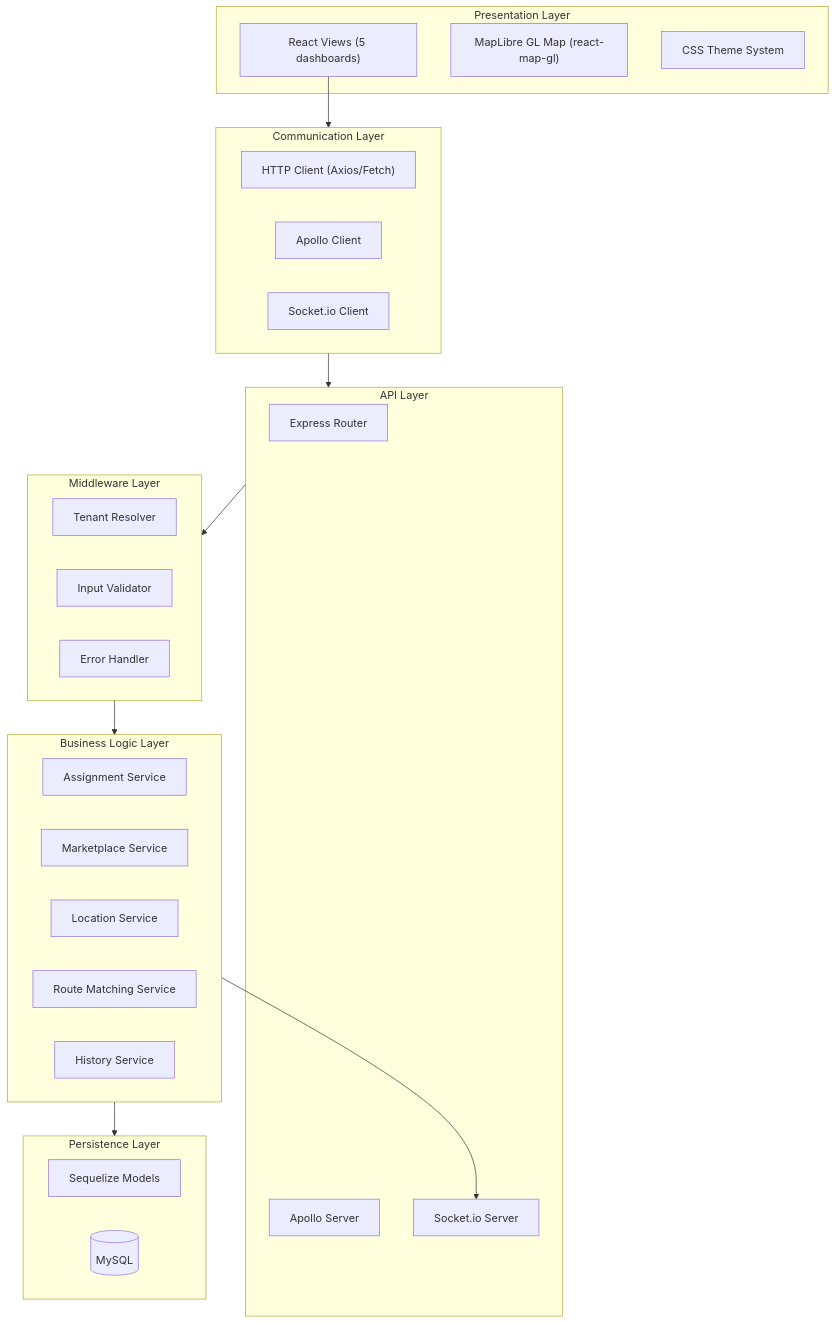
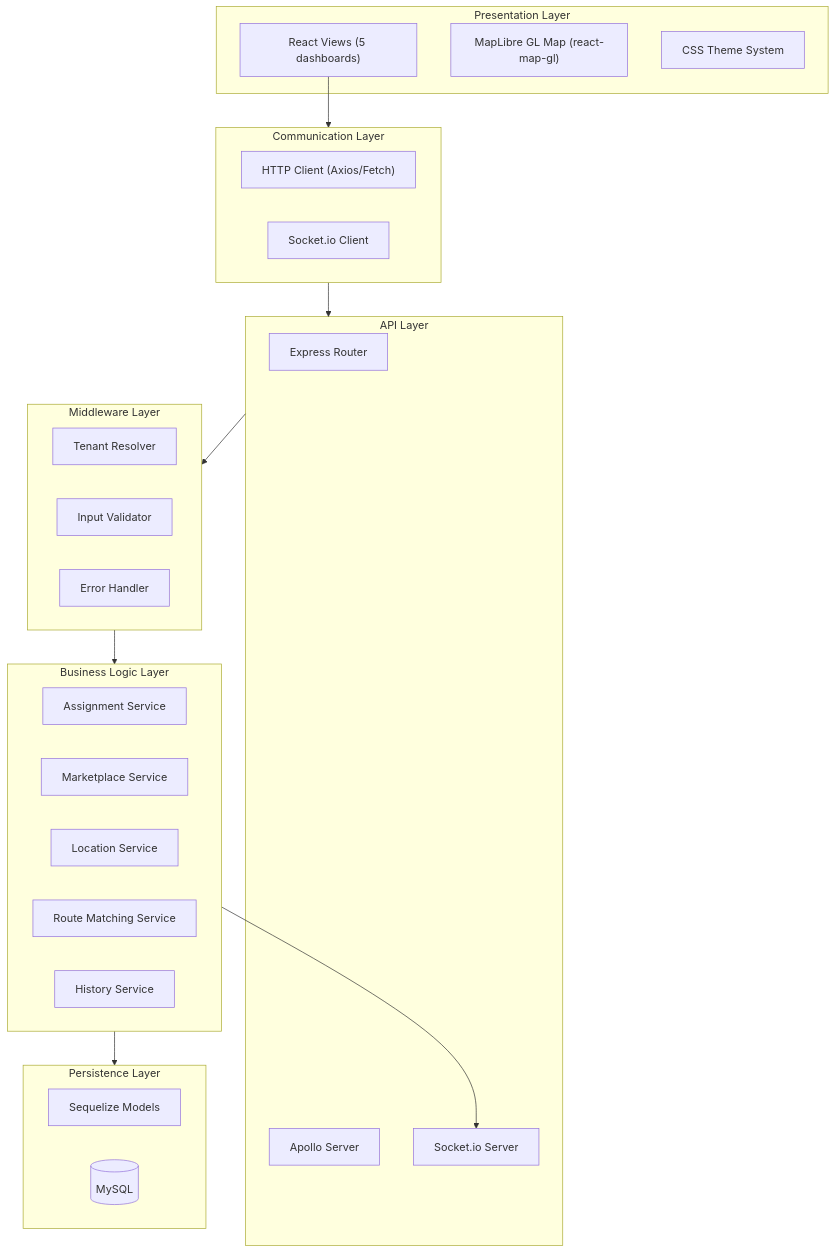
The fourth of 15 diagrams in docs/system_design.md (arsh342/dispatchCore), drawn with Mermaid before and after one commit. The commit also changed other lines of this file and 159 other files, not shown here.

````diff
--- a/docs/system_design.md
+++ b/docs/system_design.md
@@ -226,43 +228,42 @@
 ```mermaid
 graph TB
     subgraph Presentation["Presentation Layer"]
         UI["React Views (5 dashboards)"]
         MAP["MapLibre GL Map (react-map-gl)"]
         THEME["CSS Theme System"]
     end
 
     subgraph Communication["Communication Layer"]
         HTTP["HTTP Client (Axios/Fetch)"]
-        GQLC["Apollo Client"]
         WSC["Socket.io Client"]
     end
 
     subgraph API["API Layer"]
         ROUTER["Express Router"]
         GQLS["Apollo Server"]
         WSS["Socket.io Server"]
     end
 
     subgraph Business["Business Logic Layer"]
         ASSIGN["Assignment Service"]
         MARKET["Marketplace Service"]
         LOCATE["Location Service"]
         ROUTE["Route Matching Service"]
         HIST["History Service"]
     end
 
     subgraph Middleware["Middleware Layer"]
         TENANT["Tenant Resolver"]
         VALID["Input Validator"]
         ERR["Error Handler"]
     end
 
     subgraph Persistence["Persistence Layer"]
         SEQ["Sequelize Models"]
         MYSQL[(MySQL)]
     end
 
     UI --> Communication --> API
     API --> Middleware --> Business --> Persistence
     Business --> WSS
 ```
````
